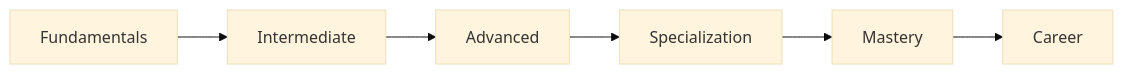
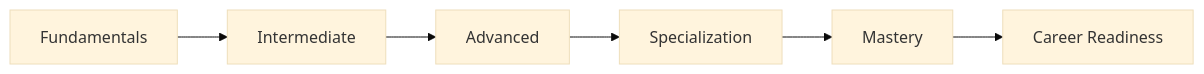
One commit to hetfs/Lua changed the first of 2 diagrams in README.md. Above: the diagram before and after it, drawn with Mermaid (base theme). The commit also changed other lines of this file, not shown here.

````diff
--- a/README.md
+++ b/README.md
@@ -8,8 +9,8 @@
 ```mermaid
 graph LR
 A[Fundamentals] --> B[Intermediate]
 B --> C[Advanced]
 C --> D[Specialization]
 D --> E[Mastery]
-E --> F[Career]
+E --> F[Career Readiness]
 ```
````
